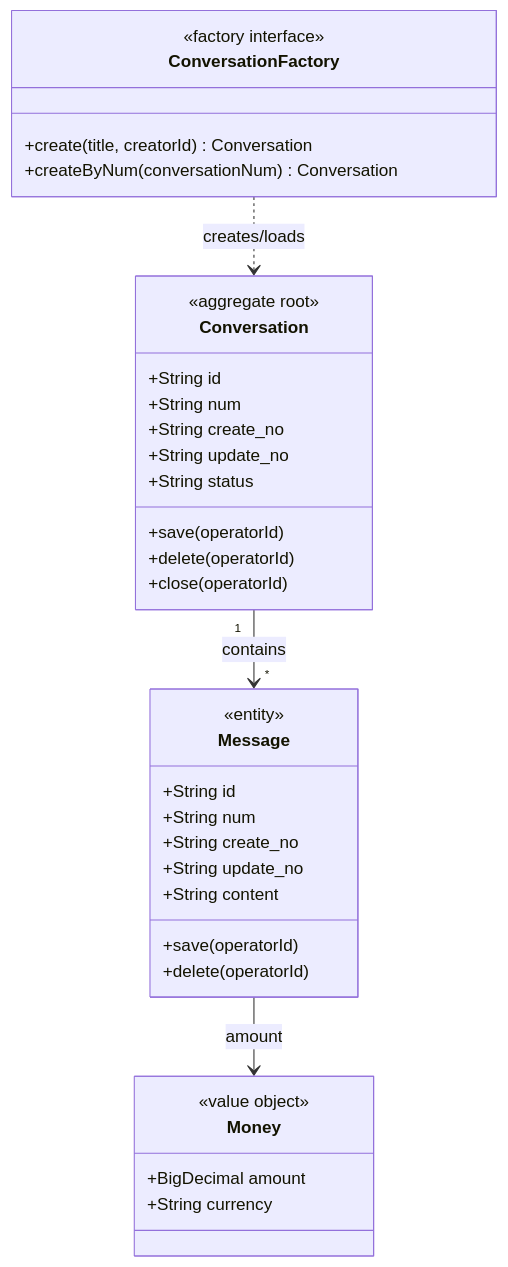
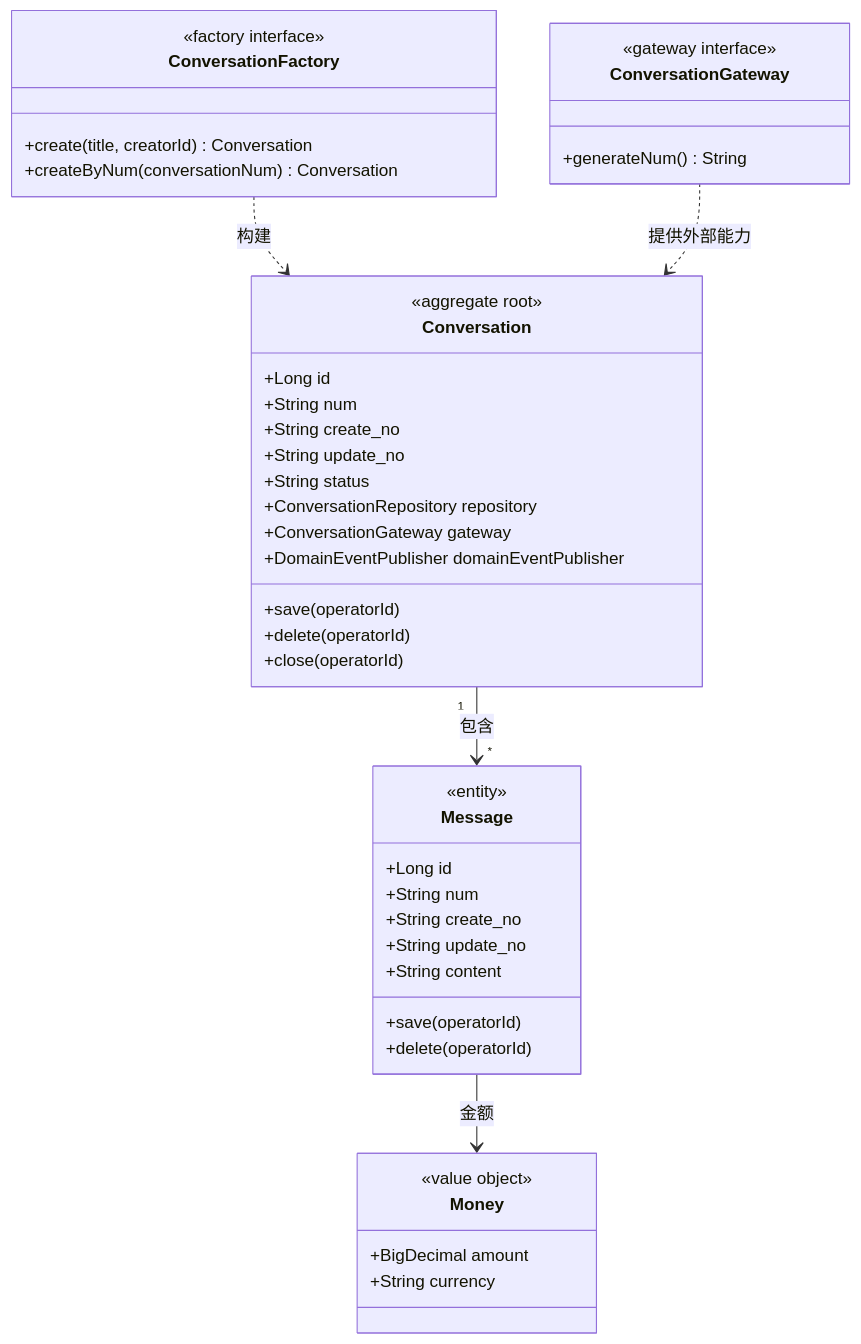
Before and after one commit to garry-wjl/garry-skills: the diagram in skills/design-technical-solution/references/domain-model-design.md, drawn with Mermaid. The commit also changed other lines of this file and 11 other files, not shown here.

````diff
--- a/skills/design-technical-solution/references/domain-model-design.md
+++ b/skills/design-technical-solution/references/domain-model-design.md
@@ -27,37 +63,45 @@
 ```mermaid
 classDiagram
     class ConversationFactory {
         <<factory interface>>
         +create(title, creatorId) Conversation
         +createByNum(conversationNum) Conversation
     }
+    class ConversationGateway {
+        <<gateway interface>>
+        +generateNum() String
+    }
     class Conversation {
         <<aggregate root>>
-        +String id
+        +Long id
         +String num
         +String create_no
         +String update_no
         +String status
+        +ConversationRepository repository
+        +ConversationGateway gateway
+        +DomainEventPublisher domainEventPublisher
         +save(operatorId)
         +delete(operatorId)
         +close(operatorId)
     }
     class Message {
         <<entity>>
-        +String id
+        +Long id
         +String num
         +String create_no
         +String update_no
         +String content
         +save(operatorId)
         +delete(operatorId)
     }
     class Money {
         <<value object>>
         +BigDecimal amount
         +String currency
     }
-    ConversationFactory ..> Conversation : creates/loads
-    Conversation "1" --> "*" Message : contains
-    Message --> Money : amount
+    ConversationFactory ..> Conversation : 构建
+    ConversationGateway ..> Conversation : 提供外部能力
+    Conversation "1" --> "*" Message : 包含
+    Message --> Money : 金额
 ```
````
